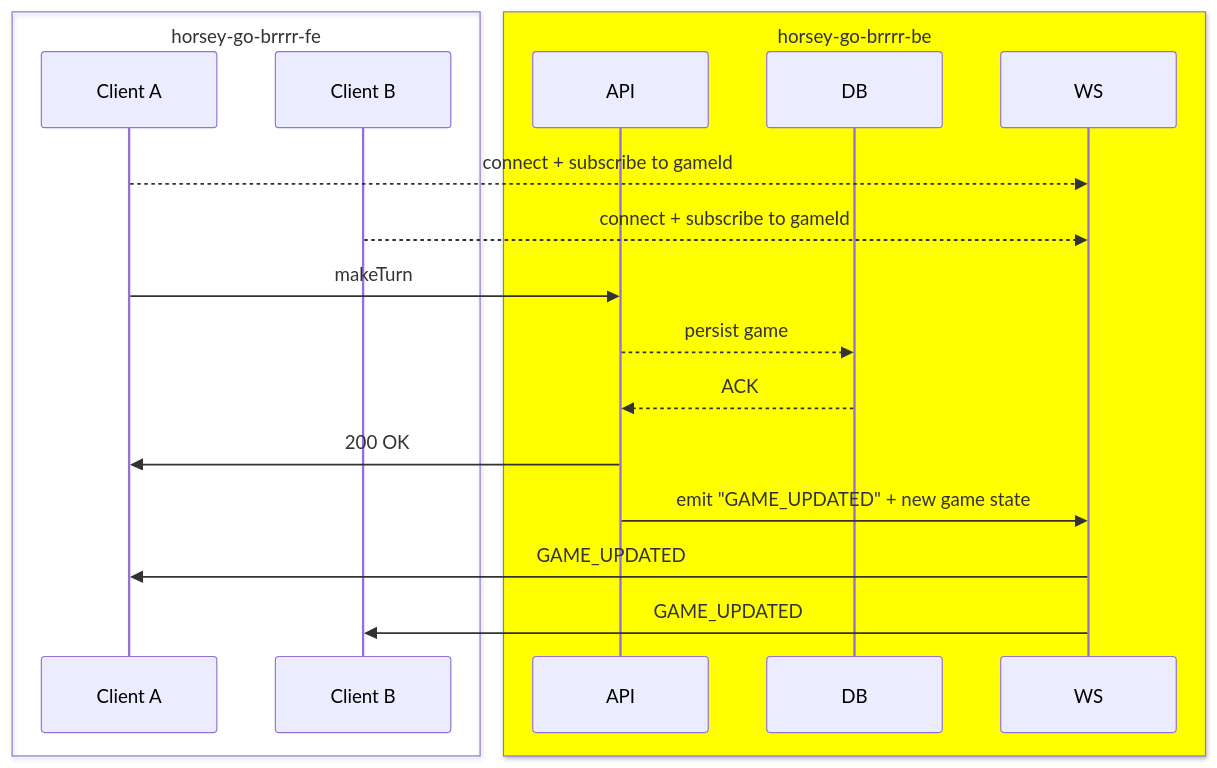
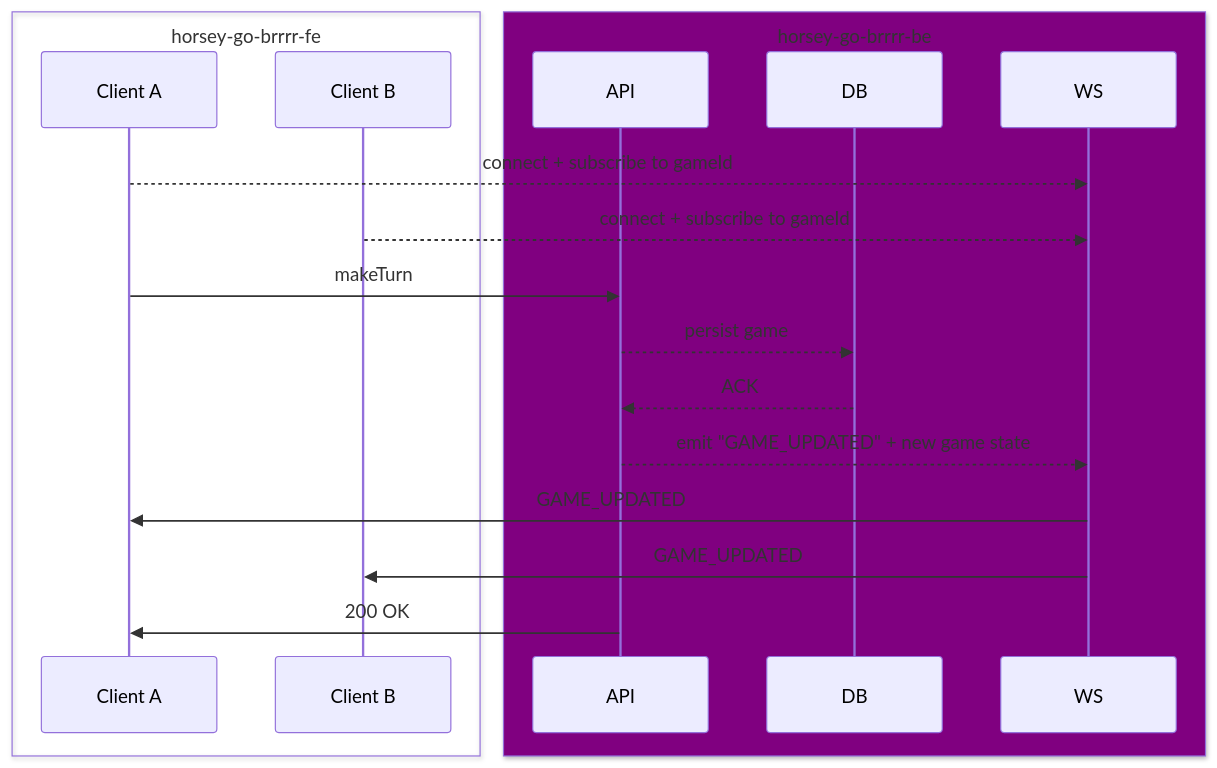
Before and after one commit to heofthetea/horsey-go-brrrr-be: the diagram in doc/websocket_sequence_diagram.md, drawn with Mermaid. The commit also changed 5 other files, not shown here.

````diff
--- a/doc/websocket_sequence_diagram.md
+++ b/doc/websocket_sequence_diagram.md
@@ -1,23 +1,23 @@
 ```mermaid
 sequenceDiagram
 	box horsey-go-brrrr-fe
 	participant Client A
 	participant Client B
 	end
 
-	box yellow horsey-go-brrrr-be
+	box purple horsey-go-brrrr-be
 	participant API
 	participant DB
 	participant WS
 	end
 	Client A -->> WS: connect + subscribe to gameId
 	Client B -->> WS: connect + subscribe to gameId
 	Client A ->> API: makeTurn
 	API -->> DB: persist game
 	DB -->> API: ACK
-	API ->> Client A: 200 OK
-	API ->> WS: emit "GAME_UPDATED" + new game state
+	API -->> WS: emit "GAME_UPDATED" + new game state
 	WS ->> Client A: GAME_UPDATED
 	WS ->> Client B: GAME_UPDATED
+	API ->> Client A: 200 OK
 
 ```
````
